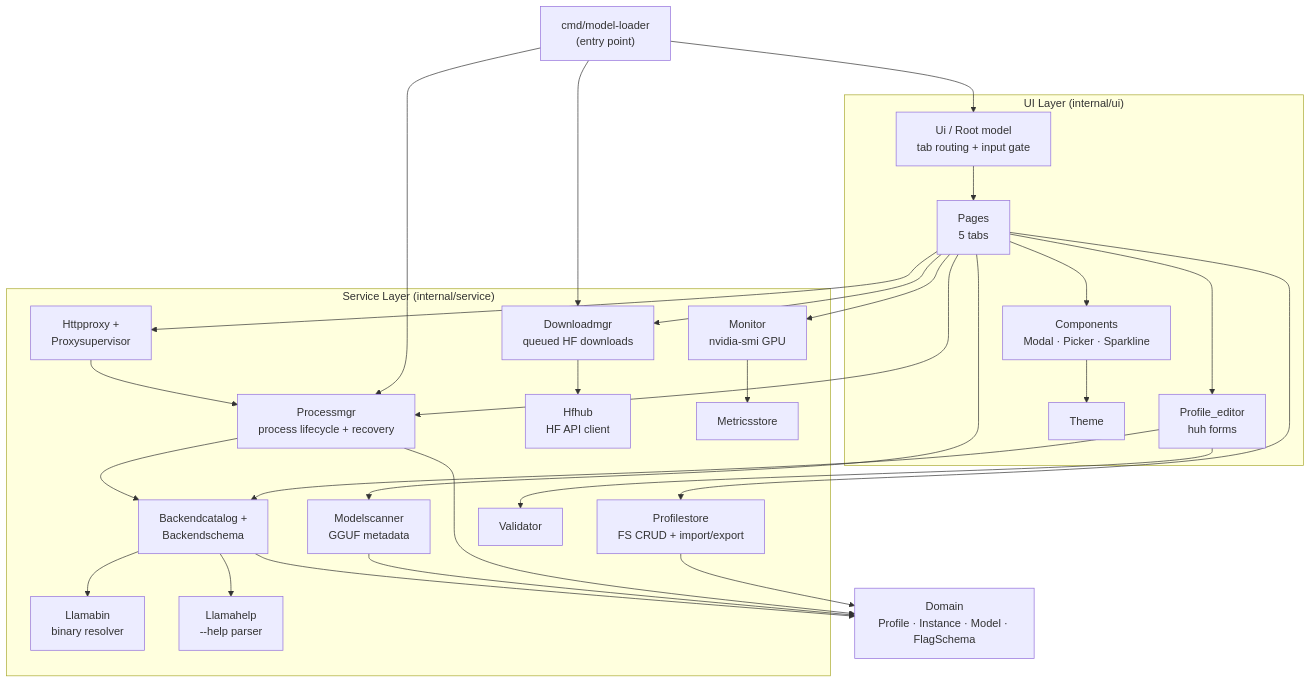
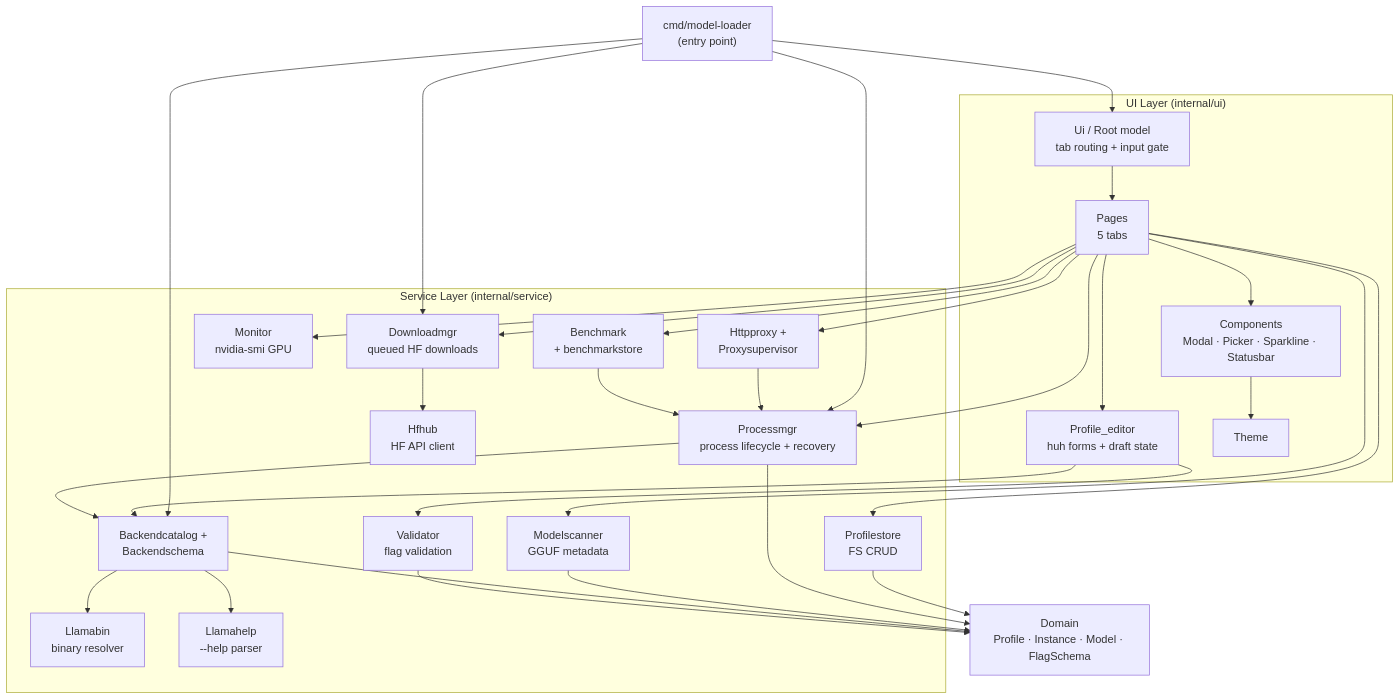
Before and after one commit to quantmind-br/model-loader: the diagram in ARCHITECTURE.md, drawn with Mermaid. The commit also changed other lines of this file and 2 other files, not shown here.

First line of the commit message:
docs(architecture): regenerate docs from GitNexus index

````diff
--- a/ARCHITECTURE.md
+++ b/ARCHITECTURE.md
@@ -117,59 +125,62 @@
 ```mermaid
 graph TD
     Main["cmd/model-loader<br/>(entry point)"]
 
     subgraph UI["UI Layer (internal/ui)"]
         Root["Ui / Root model<br/>tab routing + input gate"]
         Pages["Pages<br/>5 tabs"]
-        Editor["Profile_editor<br/>huh forms"]
-        Components["Components<br/>Modal · Picker · Sparkline"]
+        Editor["Profile_editor<br/>huh forms + draft state"]
+        Components["Components<br/>Modal · Picker · Sparkline · Statusbar"]
         Theme["Theme"]
     end
 
     subgraph Services["Service Layer (internal/service)"]
         ProcMgr["Processmgr<br/>process lifecycle + recovery"]
-        ProfStore["Profilestore<br/>FS CRUD + import/export"]
+        ProfStore["Profilestore<br/>FS CRUD"]
         DownloadMgr["Downloadmgr<br/>queued HF downloads"]
         HfHub["Hfhub<br/>HF API client"]
         ModelScan["Modelscanner<br/>GGUF metadata"]
         Monitor["Monitor<br/>nvidia-smi GPU"]
-        Metrics["Metricsstore"]
         Proxy["Httpproxy +<br/>Proxysupervisor"]
         Catalog["Backendcatalog +<br/>Backendschema"]
         LlamaBin["Llamabin<br/>binary resolver"]
         LlamaHelp["Llamahelp<br/>--help parser"]
-        Validator["Validator"]
+        Validator["Validator<br/>flag validation"]
+        BenchmarkSvc["Benchmark<br/>+ benchmarkstore"]
     end
 
     Domain["Domain<br/>Profile · Instance · Model · FlagSchema"]
 
     Main --> Root
     Main --> DownloadMgr
     Main --> ProcMgr
+    Main --> Catalog
 
     Root --> Pages
     Pages --> Editor
     Pages --> Components
     Components --> Theme
 
     Pages --> ProfStore
     Pages --> DownloadMgr
     Pages --> ModelScan
     Pages --> ProcMgr
     Pages --> Monitor
     Pages --> Proxy
-    Monitor --> Metrics
+    Pages --> BenchmarkSvc
 
     Editor --> Validator
     Editor --> Catalog
     DownloadMgr --> HfHub
     ProcMgr --> Catalog
     Catalog --> LlamaBin
     Catalog --> LlamaHelp
     Proxy --> ProcMgr
+    BenchmarkSvc --> ProcMgr
 
     ProfStore --> Domain
     ProcMgr --> Domain
     ModelScan --> Domain
     Catalog --> Domain
+    Validator --> Domain
 ```
````
